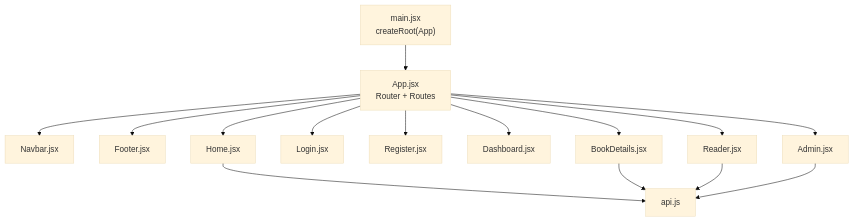
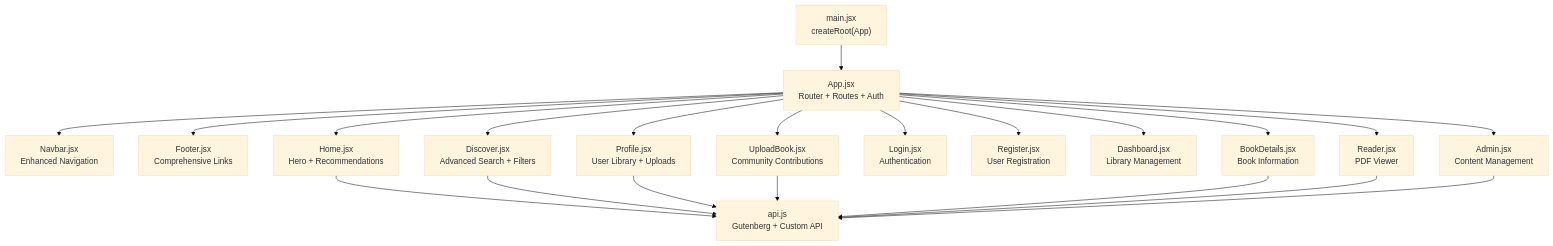
The second of 9 diagrams in .qoder/repowiki/en/content/Frontend Component Architecture/Frontend Component Architecture.md (ganesh-NB/readsphere), drawn with Mermaid (base theme) before and after one commit. The commit also changed other lines of this file and 46 other files, not shown here.

````diff
--- a/.qoder/repowiki/en/content/Frontend Component Architecture/Frontend Component Architecture.md
+++ b/.qoder/repowiki/en/content/Frontend Component Architecture/Frontend Component Architecture.md
@@ -145,29 +168,38 @@
 ```mermaid
 graph TB
 MAIN["main.jsx<br/>createRoot(App)"]
-APP["App.jsx<br/>Router + Routes"]
-NAV["Navbar.jsx"]
-FOO["Footer.jsx"]
-HOME["Home.jsx"]
-LOGIN["Login.jsx"]
-REG["Register.jsx"]
-DASH["Dashboard.jsx"]
-DETAIL["BookDetails.jsx"]
-READ["Reader.jsx"]
-ADM["Admin.jsx"]
-API["api.js"]
+APP["App.jsx<br/>Router + Routes + Auth"]
+NAV["Navbar.jsx<br/>Enhanced Navigation"]
+FOO["Footer.jsx<br/>Comprehensive Links"]
+HOME["Home.jsx<br/>Hero + Recommendations"]
+DISCOVER["Discover.jsx<br/>Advanced Search + Filters"]
+PROFILE["Profile.jsx<br/>User Library + Uploads"]
+UPLOAD["UploadBook.jsx<br/>Community Contributions"]
+LOGIN["Login.jsx<br/>Authentication"]
+REG["Register.jsx<br/>User Registration"]
+DASH["Dashboard.jsx<br/>Library Management"]
+DETAIL["BookDetails.jsx<br/>Book Information"]
+READ["Reader.jsx<br/>PDF Viewer"]
+ADM["Admin.jsx<br/>Content Management"]
+API["api.js<br/>Gutenberg + Custom API"]
 MAIN --> APP
 APP --> NAV
 APP --> FOO
 APP --> HOME
+APP --> DISCOVER
+APP --> PROFILE
+APP --> UPLOAD
 APP --> LOGIN
 APP --> REG
 APP --> DASH
 APP --> DETAIL
 APP --> READ
 APP --> ADM
 HOME --> API
+DISCOVER --> API
+PROFILE --> API
+UPLOAD --> API
 DETAIL --> API
 READ --> API
 ADM --> API
 ```
````
